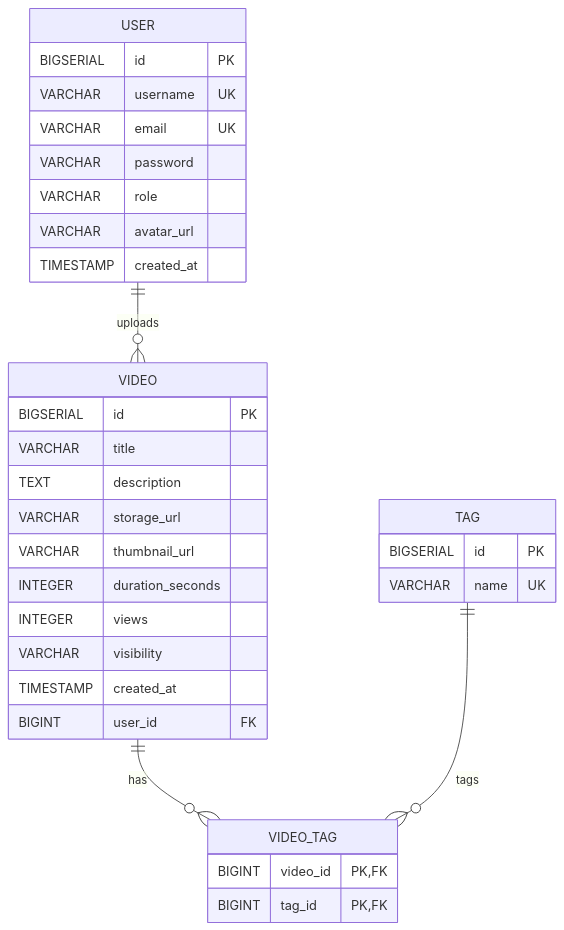
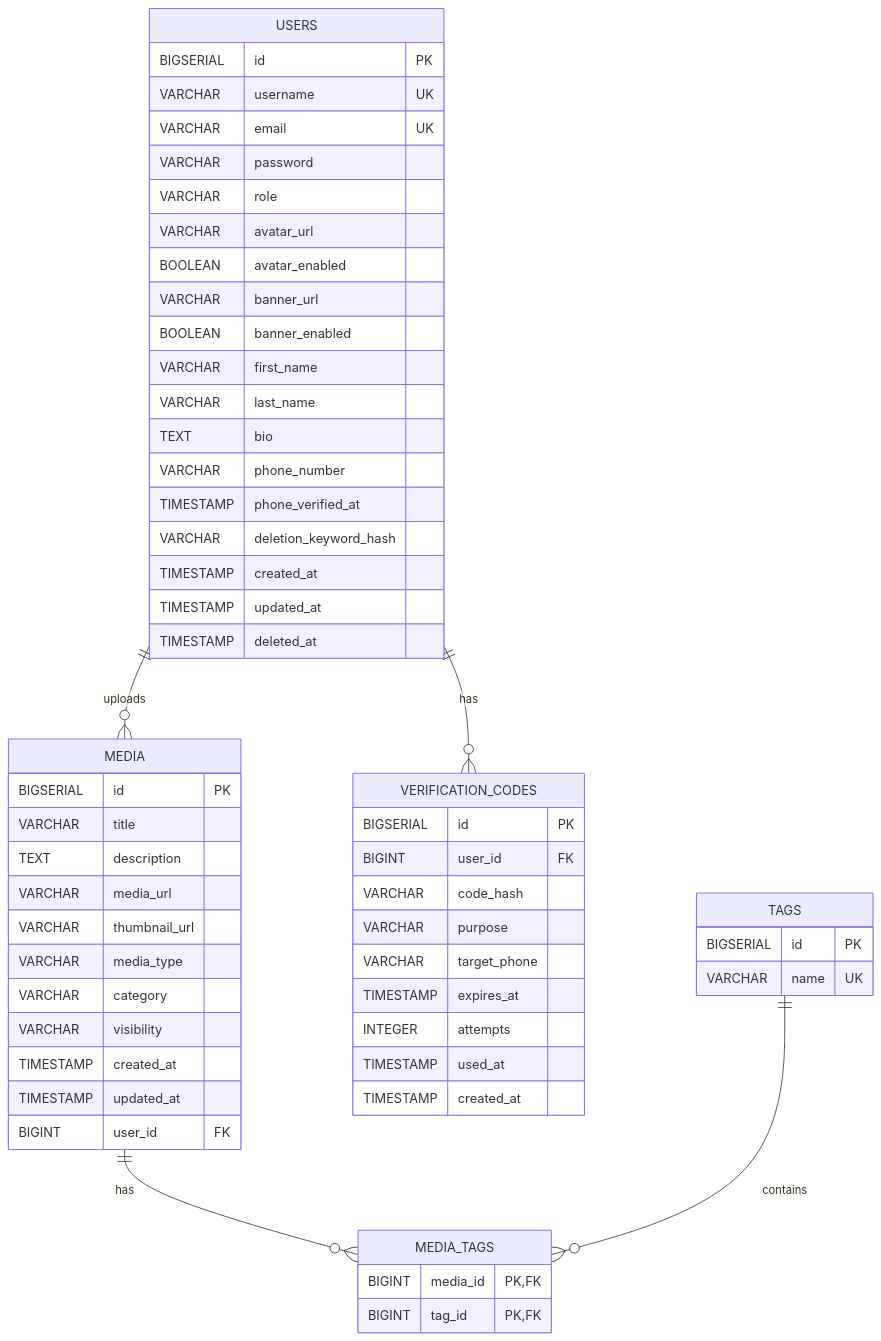
The diagram in README.md (erictc95/TascaS5.02-PanHorAMix), drawn with Mermaid before and after one commit. The commit also changed other lines of this file, not shown here.

First line of the commit message:
Revise README for media type updates and features

````diff
--- a/README.md
+++ b/README.md
@@ -212,40 +301,65 @@
 ```mermaid
 erDiagram
 
-    USER ||--o{ VIDEO : uploads
-    VIDEO ||--o{ VIDEO_TAG : has
-    TAG ||--o{ VIDEO_TAG : tags
+    USERS ||--o{ MEDIA : uploads
+    USERS ||--o{ VERIFICATION_CODES : has
+    MEDIA ||--o{ MEDIA_TAGS : has
+    TAGS ||--o{ MEDIA_TAGS : contains
 
-    USER {
+    USERS {
         BIGSERIAL id PK
         VARCHAR username UK
         VARCHAR email UK
         VARCHAR password
         VARCHAR role
         VARCHAR avatar_url
+        BOOLEAN avatar_enabled
+        VARCHAR banner_url
+        BOOLEAN banner_enabled
+        VARCHAR first_name
+        VARCHAR last_name
+        TEXT bio
+        VARCHAR phone_number
+        TIMESTAMP phone_verified_at
+        VARCHAR deletion_keyword_hash
+        TIMESTAMP created_at
+        TIMESTAMP updated_at
+        TIMESTAMP deleted_at
+    }
+
+    MEDIA {
+        BIGSERIAL id PK
+        VARCHAR title
+        TEXT description
+        VARCHAR media_url
+        VARCHAR thumbnail_url
+        VARCHAR media_type
+        VARCHAR category
+        VARCHAR visibility
+        TIMESTAMP created_at
+        TIMESTAMP updated_at
+        BIGINT user_id FK
+    }
+
+    VERIFICATION_CODES {
+        BIGSERIAL id PK
+        BIGINT user_id FK
+        VARCHAR code_hash
+        VARCHAR purpose
+        VARCHAR target_phone
+        TIMESTAMP expires_at
+        INTEGER attempts
+        TIMESTAMP used_at
         TIMESTAMP created_at
     }
 
-    VIDEO {
-        BIGSERIAL id PK
-        VARCHAR title
-        TEXT description
-        VARCHAR storage_url
-        VARCHAR thumbnail_url
-        INTEGER duration_seconds
-        INTEGER views
-        VARCHAR visibility
-        TIMESTAMP created_at
-        BIGINT user_id FK
-    }
-
-    TAG {
+    TAGS {
         BIGSERIAL id PK
         VARCHAR name UK
     }
 
-    VIDEO_TAG {
-        BIGINT video_id PK,FK
+    MEDIA_TAGS {
+        BIGINT media_id PK,FK
         BIGINT tag_id PK,FK
     }
 ```
````
